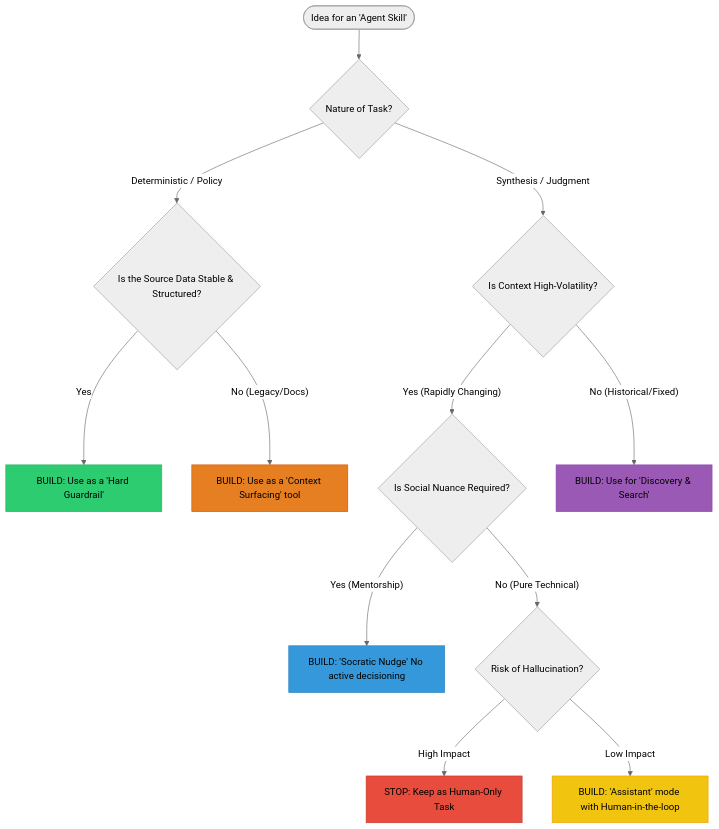
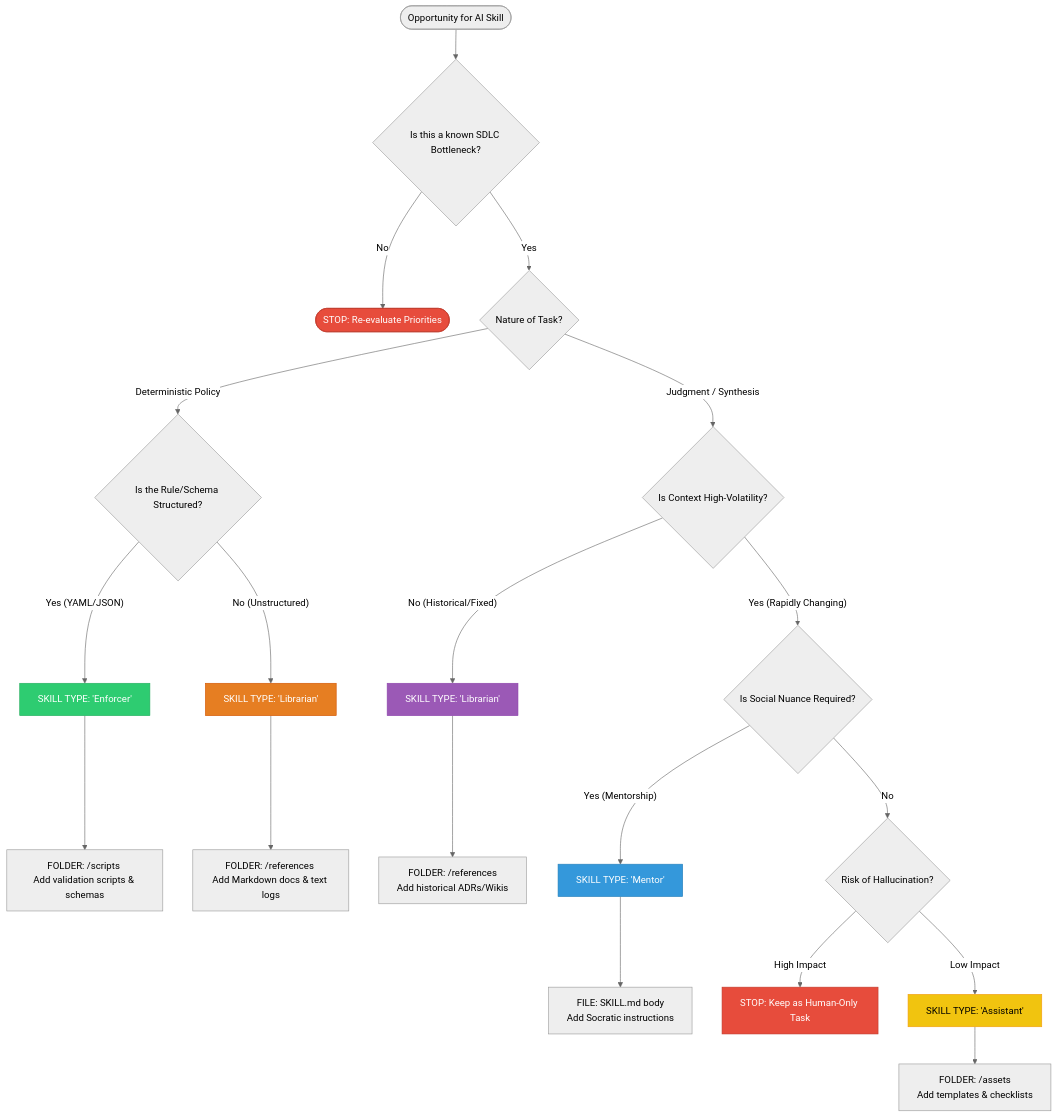
Before and after one commit to madetech/architecture-handbook: the diagram in strategic_guides/strategy-guide-agent-skills-in-architecture.md, drawn with Mermaid (neutral theme). The commit also changed other lines of this file, not shown here.

````diff
--- a/strategic_guides/strategy-guide-agent-skills-in-architecture.md
+++ b/strategic_guides/strategy-guide-agent-skills-in-architecture.md
@@ -102,31 +66,43 @@
 ```mermaid
 graph TD
-    Start([Idea for an 'Agent Skill']) --> Q1{Nature of Task?}
 
-    Q1 -- Deterministic / Policy --> Q2{Is the Source Data Stable & Structured?}
-    Q1 -- Synthesis / Judgment --> Q3{Is Context High-Volatility?}
+    Start([Opportunity for AI Skill]) --> B1{Is this a known SDLC Bottleneck?}
+    B1 -- No --> Stop([STOP: Re-evaluate Priorities])
+    B1 -- Yes --> Q1{Nature of Task?}
+
+    Q1 -- Deterministic Policy --> Q2{Is the Rule/Schema Structured?}
+    Q1 -- Judgment / Synthesis --> Q3{Is Context High-Volatility?}
 
     %% Deterministic Path
-    Q2 -- Yes --> Q4[BUILD: Use as a 'Hard Guardrail']
-    Q2 -- No (Legacy/Docs) --> Q5[BUILD: Use as a 'Context Surfacing' tool]
+    Q2 -- Yes (YAML/JSON) --> Q4[SKILL TYPE: 'Enforcer']
+    Q4 --> A4[FOLDER: /scripts <br/>Add validation scripts & schemas]
+
+    Q2 -- No (Unstructured) --> Q5[SKILL TYPE: 'Librarian']
+    Q5 --> A5[FOLDER: /references <br/>Add Markdown docs & text logs]
 
     %% Synthesis Path
     Q3 -- Yes (Rapidly Changing) --> Q6{Is Social Nuance Required?}
-    Q3 -- No (Historical/Fixed) --> Q7[BUILD: Use for 'Discovery & Search']
+    Q3 -- No (Historical/Fixed) --> Q7[SKILL TYPE: 'Librarian']
+    Q7 --> A7[FOLDER: /references <br/>Add historical ADRs/Wikis]
 
     %% Coaching Path
-    Q6 -- Yes (Mentorship) --> Q8[BUILD: 'Socratic Nudge' No active decisioning]
-    Q6 -- No (Pure Technical) --> Q9{Risk of Hallucination?}
+    Q6 -- Yes (Mentorship) --> Q8[SKILL TYPE: 'Mentor']
+    Q8 --> A8[FILE: SKILL.md body <br/>Add Socratic instructions]
+
+    Q6 -- No --> Q9{Risk of Hallucination?}
 
     %% Risk Assessment
     Q9 -- High Impact --> Q10[STOP: Keep as Human-Only Task]
-    Q9 -- Low Impact --> Q11[BUILD: 'Assistant' mode with Human-in-the-loop]
+    Q9 -- Low Impact --> Q11[SKILL TYPE: 'Assistant']
+    Q11 --> A11[FOLDER: /assets <br/>Add templates & checklists]
 
     %% Styles
-    style Q4 fill:#2ECC71,stroke:#27AE60,color:#fff  %% Green: Go for automation
-    style Q5 fill:#E67E22,stroke:#D35400,color:#fff  %% Orange: Warning Unstable Data
-    style Q7 fill:#9B59B6,stroke:#8E44AD,color:#fff  %% Purple: Knowledge/Discovery
-    style Q8 fill:#3498DB,stroke:#2980B9,color:#fff  %% Blue: Mandatory/Coaching
-    style Q10 fill:#E74C3C,stroke:#C0392B,color:#fff %% Red: Danger/Human-Only
-    style Q11 fill:#F1C40F,stroke:#F39C12,color:#000 %% Yellow: Caution
+    style Q4 fill:#2ECC71,stroke:#27AE60,color:#fff
+    style Q5 fill:#E67E22,stroke:#D35400,color:#fff
+    style Q7 fill:#9B59B6,stroke:#8E44AD,color:#fff
+    style Q8 fill:#3498DB,stroke:#2980B9,color:#fff
+    style Q10 fill:#E74C3C,stroke:#C0392B,color:#fff
+    style Q11 fill:#F1C40F,stroke:#F39C12,color:#000
+    style Stop fill:#E74C3C,stroke:#C0392B,color:#fff
+
 ```
````
